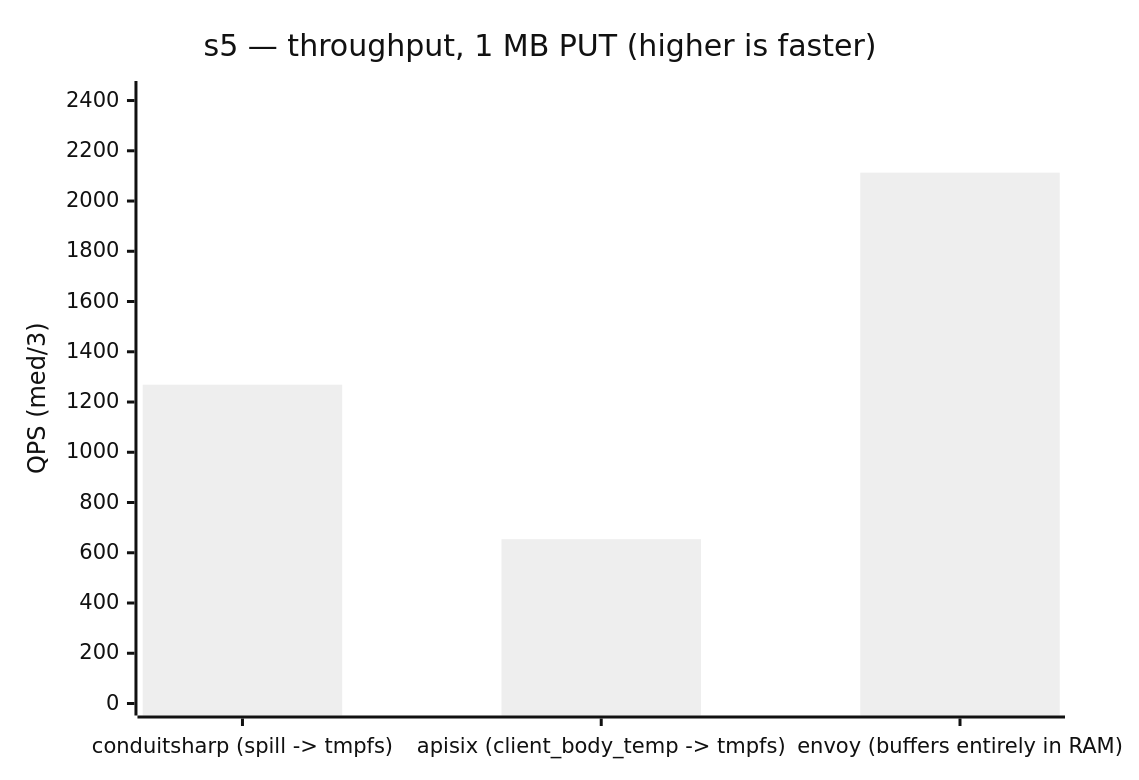
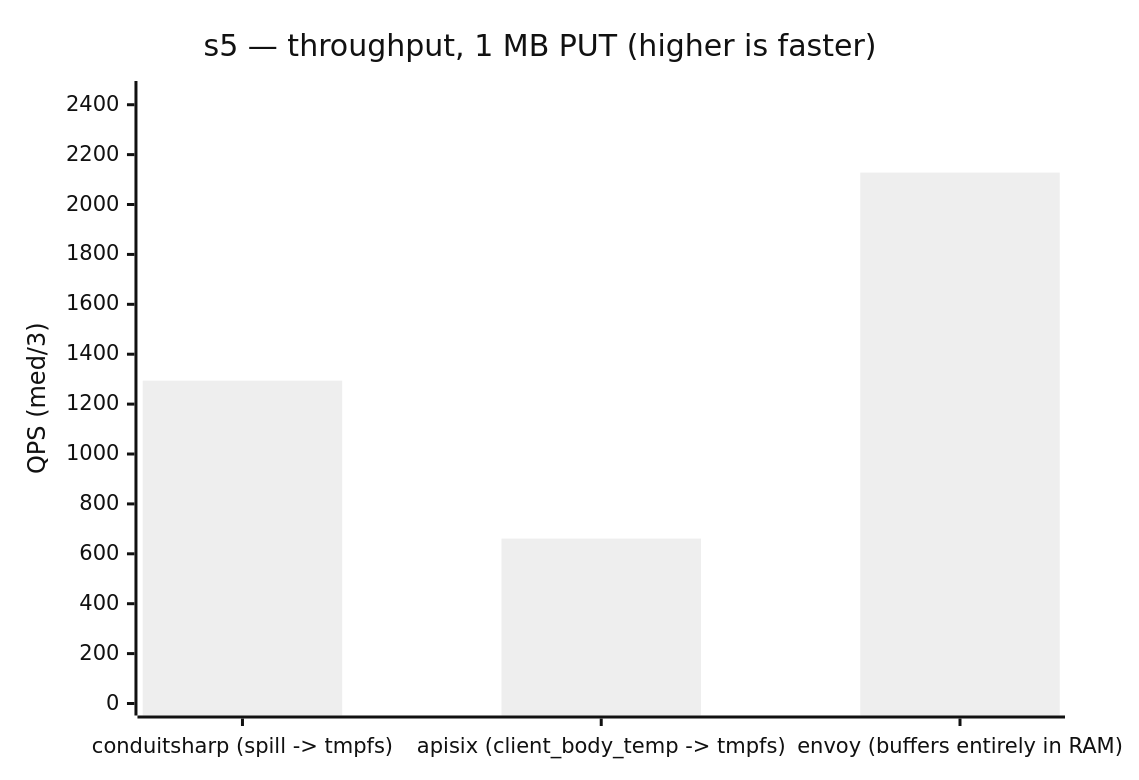
One commit to liqngliz/ConduitSharp changed the second of 2 diagrams in benchmarks/load/README.md. Above: the diagram before and after it, drawn with Mermaid (neutral theme). The commit also changed other lines of this file and 1 other file, not shown here.

````diff
--- a/benchmarks/load/README.md
+++ b/benchmarks/load/README.md
@@ -135,7 +135,7 @@
 ```mermaid
 xychart-beta
     title "s5 — throughput, 1 MB PUT (higher is faster)"
     x-axis ["conduitsharp (spill -> tmpfs)", "apisix (client_body_temp -> tmpfs)", "envoy (buffers entirely in RAM)"]
-    y-axis "QPS (med/3)" 0 --> 2430
-    bar [1269, 654, 2113]
+    y-axis "QPS (med/3)" 0 --> 2447
+    bar [1294, 661, 2128]
 ```
````
